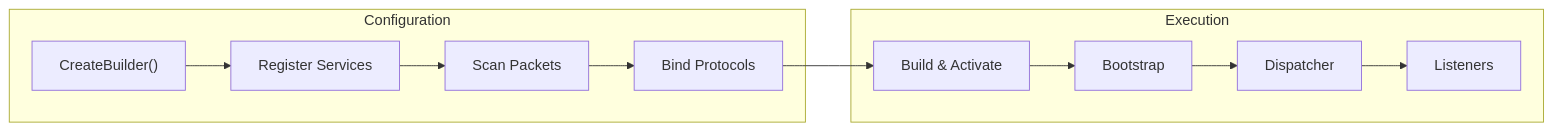
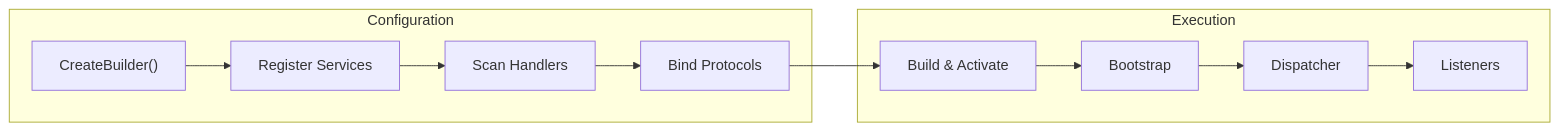
Before and after one commit to ppn-systems/Nalix: the diagram in docs/packages/nalix-hosting.md, drawn with Mermaid. The commit also changed other lines of this file and 57 other files, not shown here.

````diff
--- a/docs/packages/nalix-hosting.md
+++ b/docs/packages/nalix-hosting.md
@@ -15,15 +15,15 @@
 ```mermaid
 flowchart LR
     subgraph Config ["Configuration"]
         A["CreateBuilder()"] --> B["Register Services"]
-        B --> C["Scan Packets"]
+        B --> C["Scan Handlers"]
         C --> D["Bind Protocols"]
     end
 
     subgraph Runtime ["Execution"]
         D --> E["Build & Activate"]
         E --> F["Bootstrap"]
         F --> G["Dispatcher"]
         G --> H["Listeners"]
     end
 ```
````
